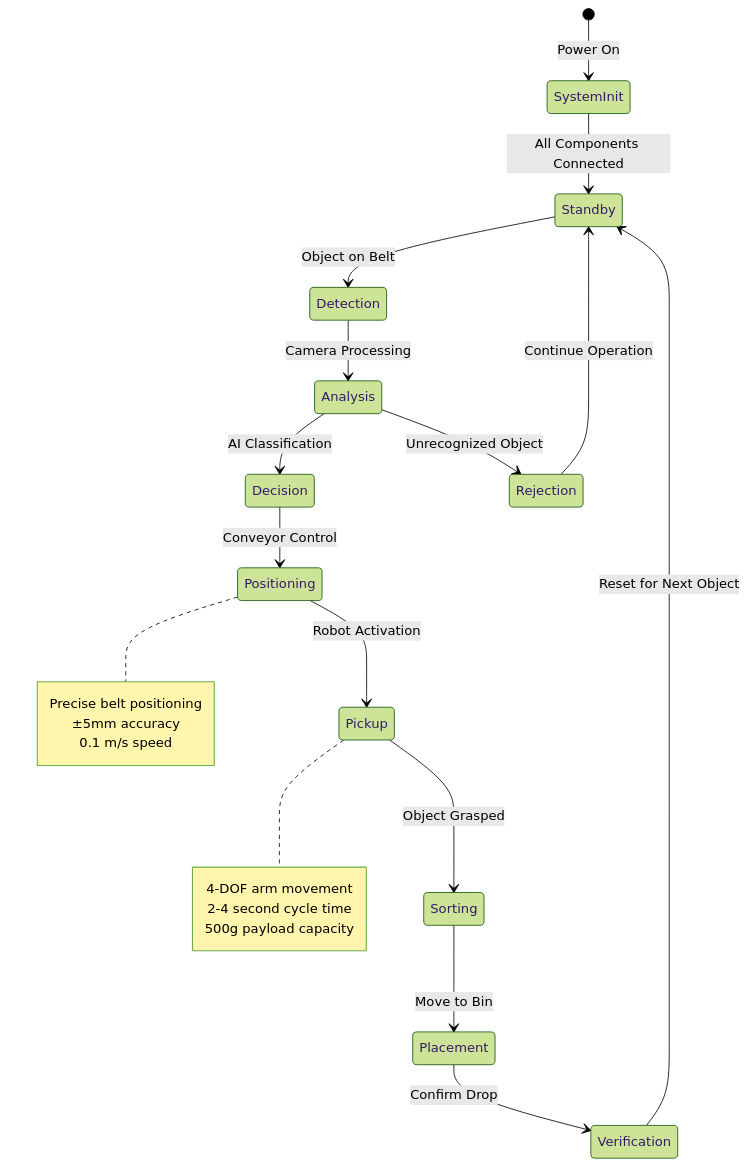
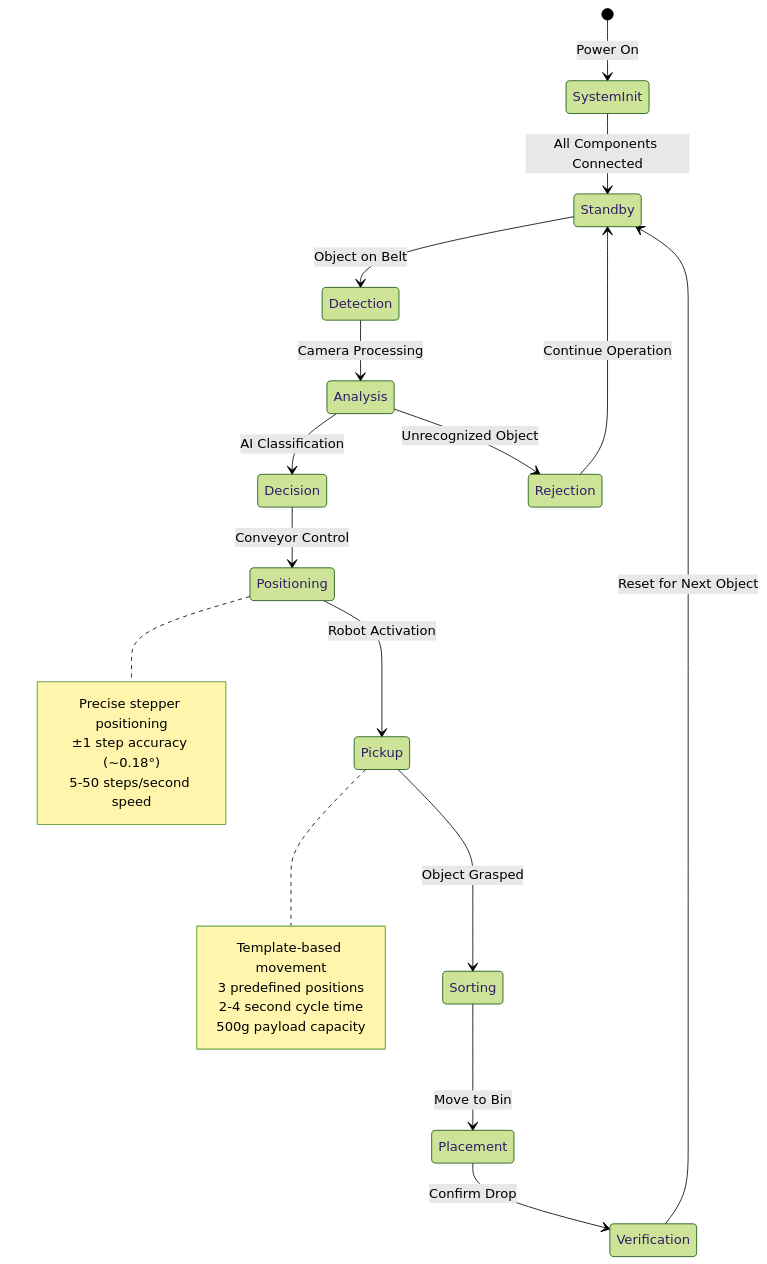
One commit to Red-misst/arm-robot-iot changed the tenth of 11 diagrams in README.md. Above: the diagram before and after it, drawn with Mermaid (forest theme). The commit also changed other lines of this file and 5 other files, not shown here.

````diff
--- a/README.md
+++ b/README.md
@@ -475,29 +500,29 @@
 ```mermaid
 stateDiagram-v2
     [*] --> SystemInit : Power On
     SystemInit --> Standby : All Components Connected
     Standby --> Detection : Object on Belt
     Detection --> Analysis : Camera Processing
     Analysis --> Decision : AI Classification
     Decision --> Positioning : Conveyor Control
     Positioning --> Pickup : Robot Activation
     Pickup --> Sorting : Object Grasped
     Sorting --> Placement : Move to Bin
     Placement --> Verification : Confirm Drop
     Verification --> Standby : Reset for Next Object
     
     Analysis --> Rejection : Unrecognized Object
     Rejection --> Standby : Continue Operation
-    
-    note right of Positioning
-        Precise belt positioning
-        ±5mm accuracy
-        0.1 m/s speed
+      note right of Positioning
+        Precise stepper positioning
+        ±1 step accuracy (~0.18°)
+        5-50 steps/second speed
     end note
     
     note right of Pickup
-        4-DOF arm movement
+        Template-based movement
+        3 predefined positions
         2-4 second cycle time
         500g payload capacity
     end note
 ```
````
